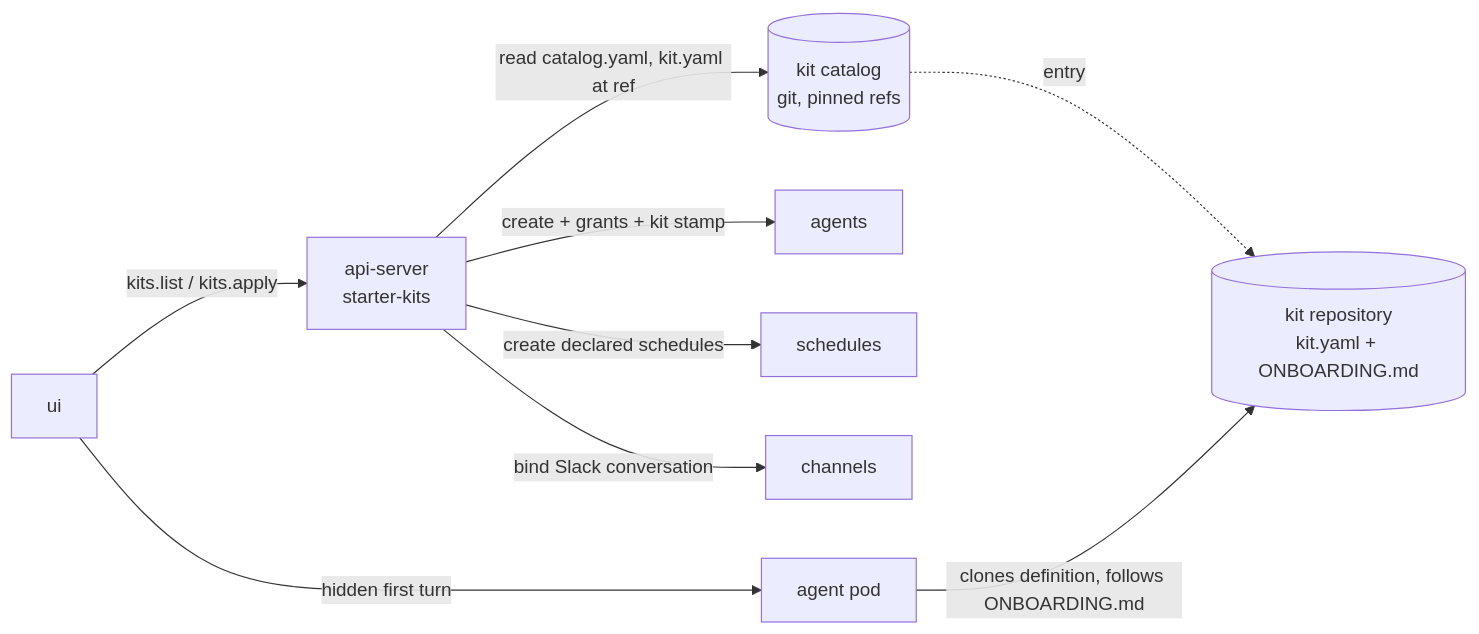
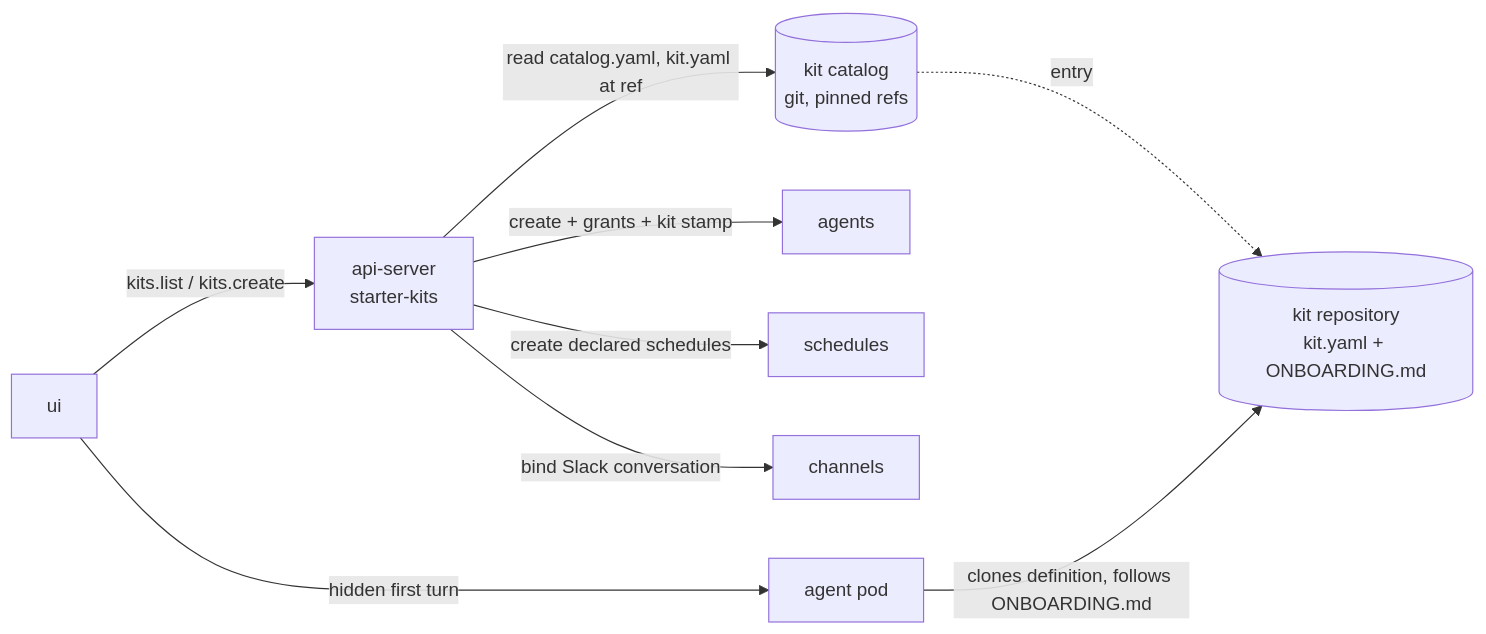
One commit to dam-agents/dam changed the diagram in docs/architecture/starter-kits.md. Above: the diagram before and after it, drawn with Mermaid. The commit also changed other lines of this file, not shown here.

Commit message:
docs(architecture): starter kits page, glossary, PoC catalog and Helm value
- docs/architecture/starter-kits.md and links from the landing and
  lifecycle pages; skills page notes the shared additive apply
- ubiquitous-language: Starter Kits bounded context with the decisions
  of the 2026-09-10 format session
- starter-kits/: proof-of-concept catalog with the Code reviewer and
  Nous kits
- helm: starterKits.catalog value rendered as STARTER_KITS_CATALOG

````diff
--- a/docs/architecture/starter-kits.md
+++ b/docs/architecture/starter-kits.md
@@ -13,20 +13,20 @@
 ```mermaid
 flowchart LR
   catalog[(kit catalog<br/>git, pinned refs)]
   kitrepo[(kit repository<br/>kit.yaml + ONBOARDING.md)]
   ui[ui]
   api[api-server<br/>starter-kits]
   agents[agents]
   schedules[schedules]
   channels[channels]
   pod[agent pod]
 
   api -->|read catalog.yaml, kit.yaml at ref| catalog
   catalog -.->|entry| kitrepo
-  ui -->|kits.list / kits.apply| api
+  ui -->|kits.list / kits.create| api
   api -->|create + grants + kit stamp| agents
   api -->|create declared schedules| schedules
   api -->|bind Slack conversation| channels
   ui -->|hidden first turn| pod
   pod -->|clones definition, follows ONBOARDING.md| kitrepo
 ```
````
